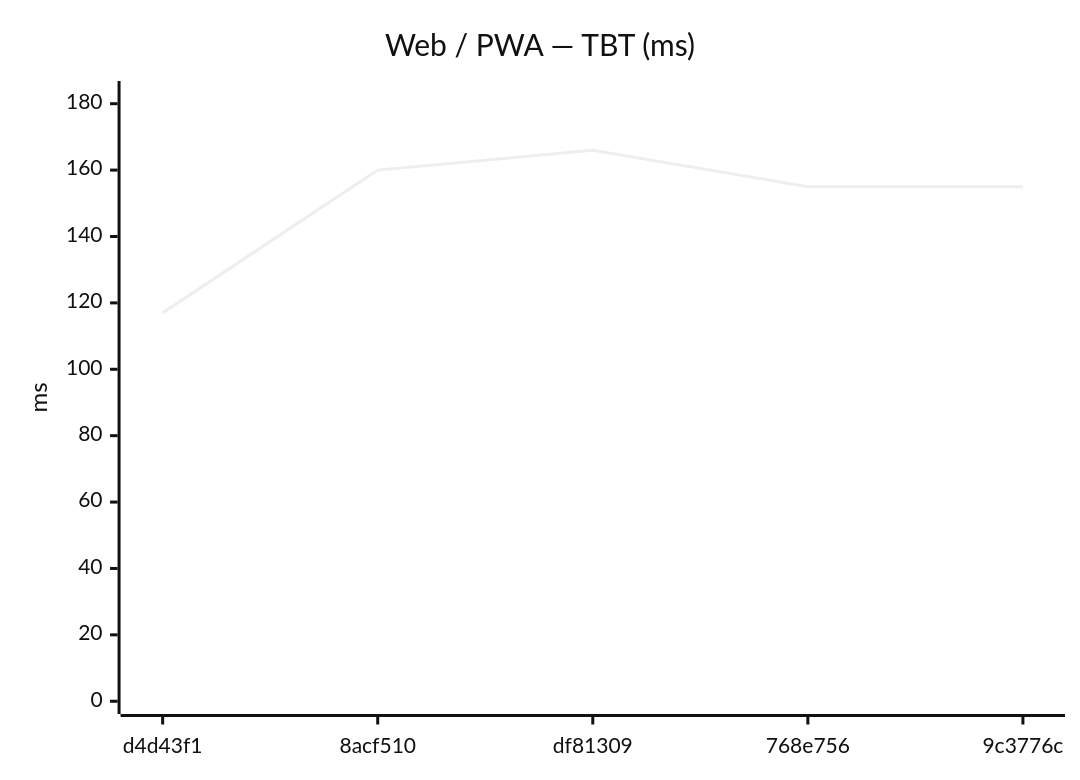
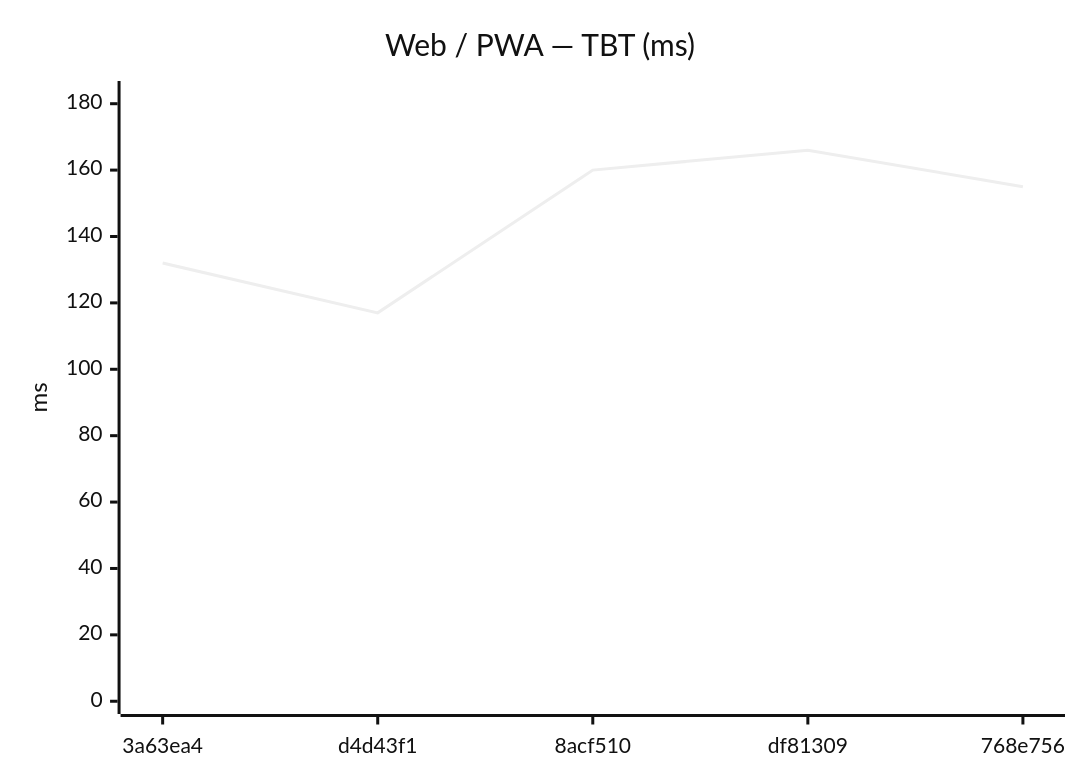
Before and after one commit to Metaheurist/Rianell: the eighth of 18 diagrams in benchmarks/compare.md, drawn with Mermaid (neutral theme). The commit also changed other lines of this file and 11 other files, not shown here.

````diff
--- a/benchmarks/compare.md
+++ b/benchmarks/compare.md
@@ -124,7 +124,7 @@
 ```mermaid
 xychart-beta
     title "Web / PWA — TBT (ms)"
-    x-axis ["d4d43f1", "8acf510", "df81309", "768e756", "9c3776c"]
+    x-axis ["3a63ea4", "d4d43f1", "8acf510", "df81309", "768e756"]
     y-axis "ms" 0 --> 183
-    line [117, 160, 166, 155, 155]
+    line [132, 117, 160, 166, 155]
 ```
````
